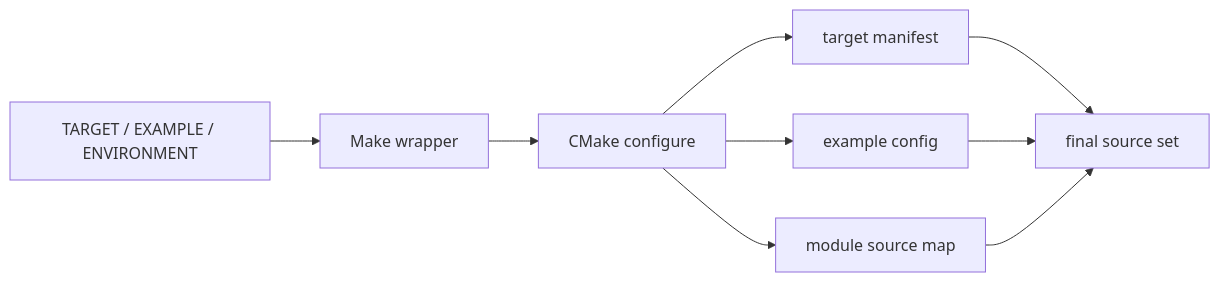
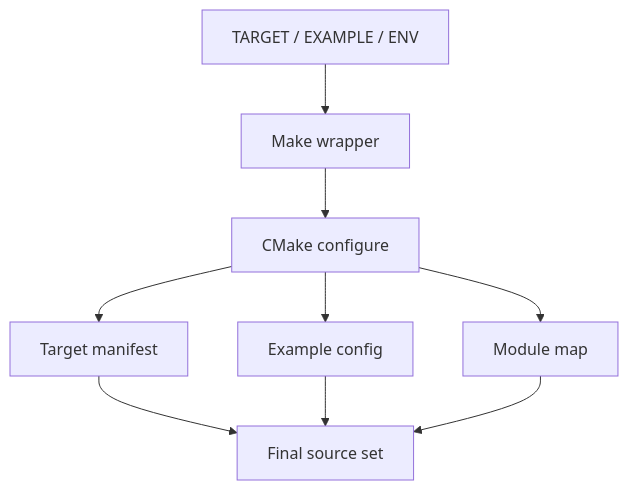
One commit to haikevins/hairtos changed the diagram in docs/00-overview/project-layout.md. Above: the diagram before and after it, drawn with Mermaid. The commit also changed 82 other files, not shown here.

````diff
--- a/docs/00-overview/project-layout.md
+++ b/docs/00-overview/project-layout.md
@@ -43,11 +43,11 @@
 ```mermaid
-flowchart LR
-    USER["TARGET / EXAMPLE / ENVIRONMENT"] --> MAKE["Make wrapper"]
+flowchart TB
+    USER["TARGET / EXAMPLE / ENV"] --> MAKE["Make wrapper"]
     MAKE --> CMAKE["CMake configure"]
-    CMAKE --> T["target manifest"]
-    CMAKE --> E["example config"]
-    CMAKE --> M["module source map"]
-    T --> BIN["final source set"]
+    CMAKE --> T["Target manifest"]
+    CMAKE --> E["Example config"]
+    CMAKE --> M["Module map"]
+    T --> BIN["Final source set"]
     E --> BIN
     M --> BIN
 ```
````
